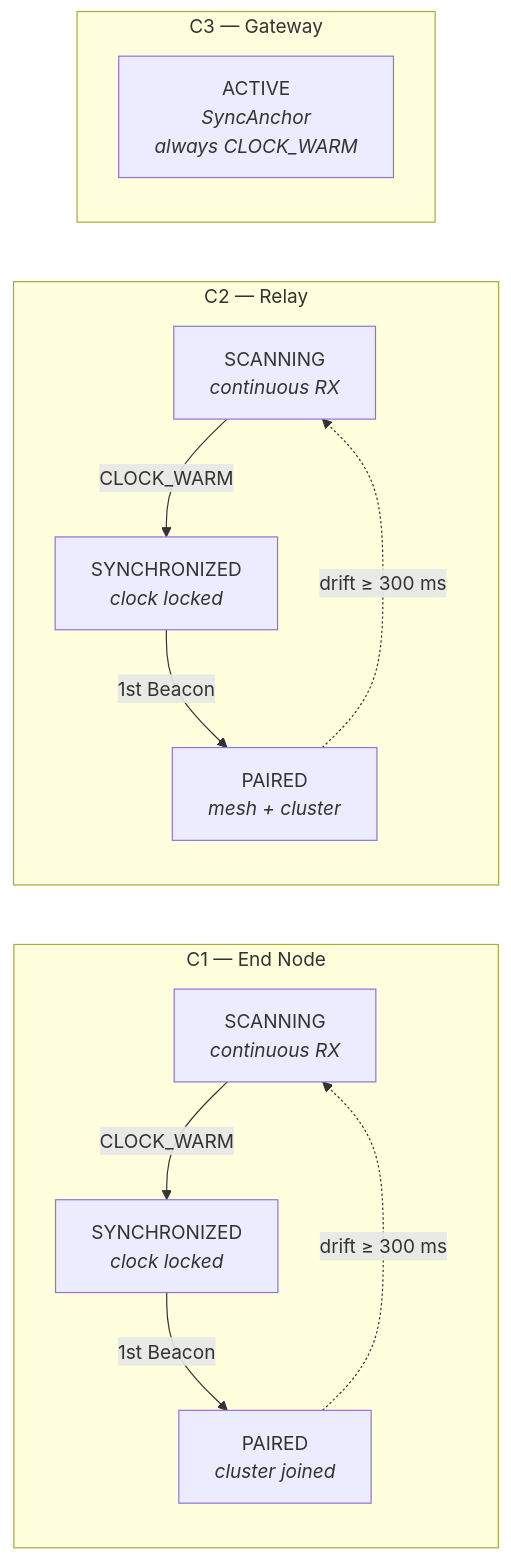
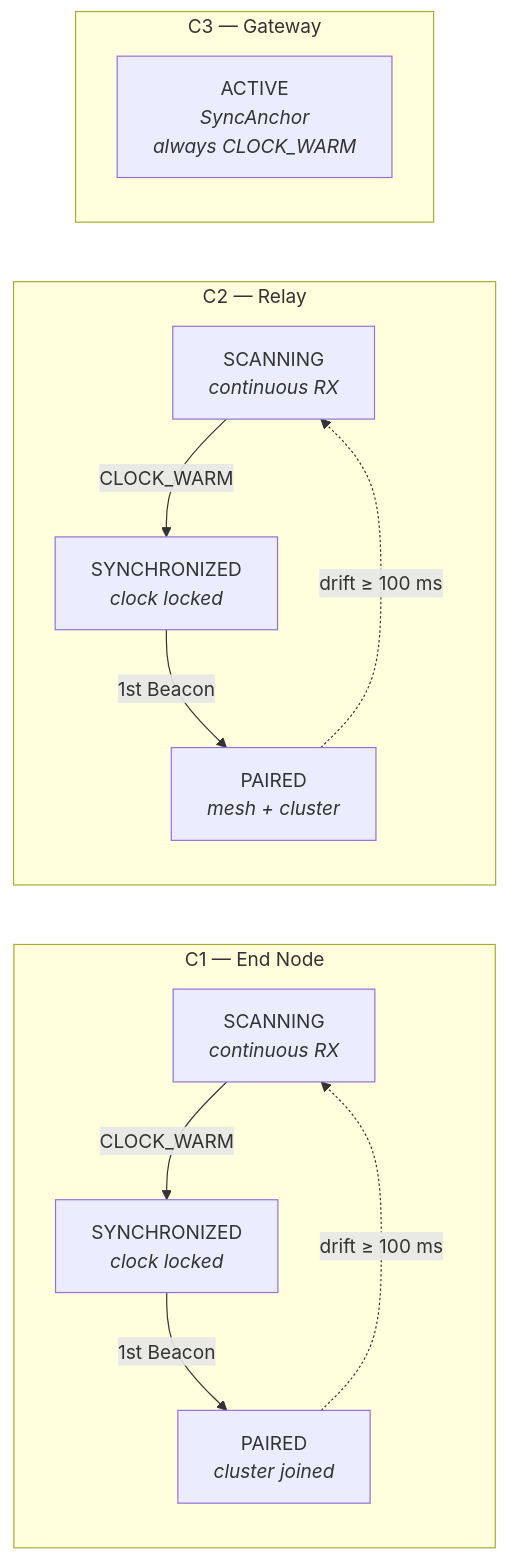
One commit to ArcLoRaM/firmware changed the first of 2 diagrams in docs/diagrams/05-class-comparison.md. Above: the diagram before and after it, drawn with Mermaid. The commit also changed 166 other files, not shown here.

````diff
--- a/docs/diagrams/05-class-comparison.md
+++ b/docs/diagrams/05-class-comparison.md
@@ -20,27 +20,27 @@
 ```mermaid
 flowchart LR
     subgraph C1["C1 — End Node"]
         direction TB
         c1_scan["SCANNING<br/><i>continuous RX</i>"]
         c1_sync["SYNCHRONIZED<br/><i>clock locked</i>"]
         c1_pair["PAIRED<br/><i>cluster joined</i>"]
         c1_scan --> |"CLOCK_WARM"| c1_sync
         c1_sync --> |"1st Beacon"| c1_pair
-        c1_pair -.-> |"drift ≥ 300 ms"| c1_scan
+        c1_pair -.-> |"drift ≥ 100 ms"| c1_scan
     end
 
     subgraph C2["C2 — Relay"]
         direction TB
         c2_scan["SCANNING<br/><i>continuous RX</i>"]
         c2_sync["SYNCHRONIZED<br/><i>clock locked</i>"]
         c2_pair["PAIRED<br/><i>mesh + cluster</i>"]
         c2_scan --> |"CLOCK_WARM"| c2_sync
         c2_sync --> |"1st Beacon"| c2_pair
-        c2_pair -.-> |"drift ≥ 300 ms"| c2_scan
+        c2_pair -.-> |"drift ≥ 100 ms"| c2_scan
     end
 
     subgraph C3["C3 — Gateway"]
         direction TB
         c3_active["ACTIVE<br/><i>SyncAnchor</i><br/><i>always CLOCK_WARM</i>"]
     end
 ```
````
